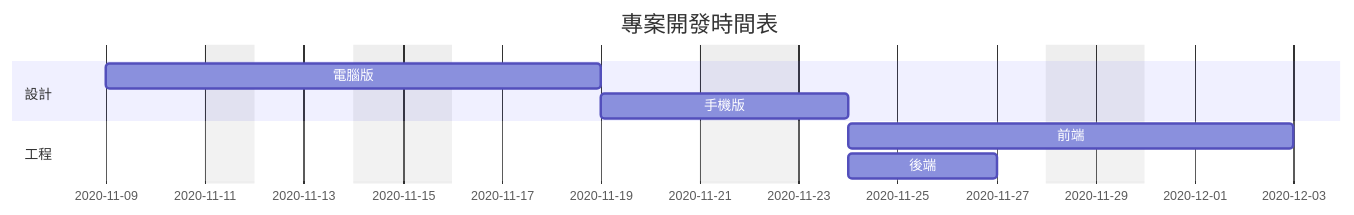
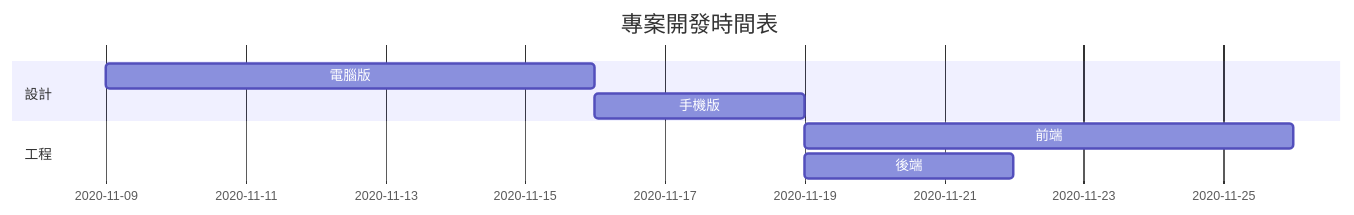
One commit to gohakuki/markdown-practice changed the third of 3 diagrams in README.md. Above: the diagram before and after it, drawn with Mermaid.

````diff
--- a/README.md
+++ b/README.md
@@ -34,12 +34,10 @@
 ```mermaid
 gantt
 title 專案開發時間表
-dateFormat YYYY-MM-DD
-excludes weekends, 2020-11-11
 section 設計
 電腦版: d1, 2020-11-9, 7d
 手機版: d2, after d1, 3d
 section 工程
 前端: after d2, 7d
 後端: after d2, 3d
 ```
````
